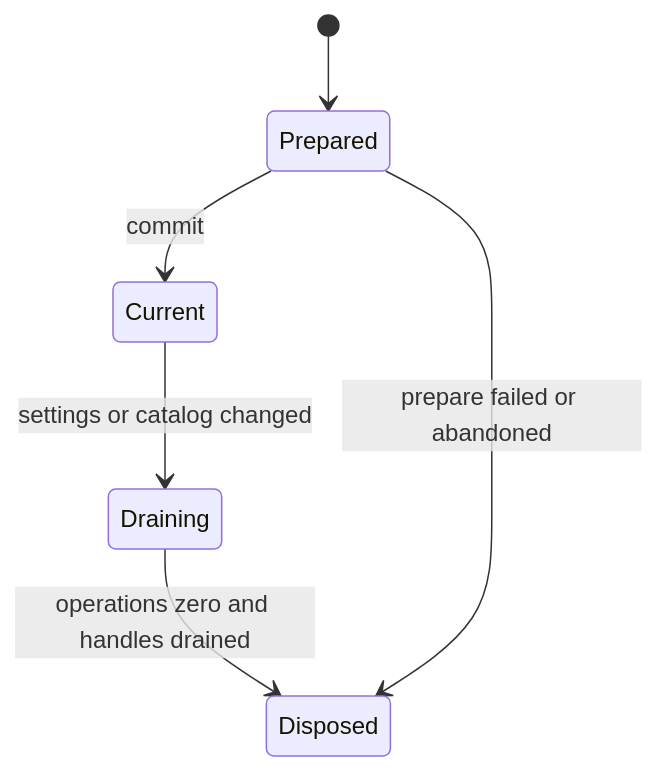
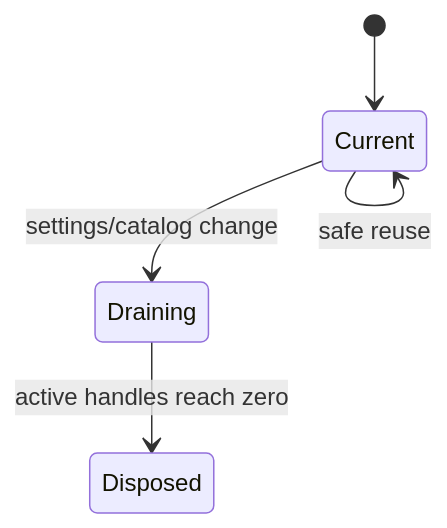
One commit to Wpxknight/agentdemo changed the diagram in docs/design/05-sandbox-and-ops.md. Above: the diagram before and after it, drawn with Mermaid. The commit also changed other lines of this file and 11 other files, not shown here.

Commit message:
docs: document pi first runtime architecture

````diff
--- a/docs/design/05-sandbox-and-ops.md
+++ b/docs/design/05-sandbox-and-ops.md
@@ -64,8 +22,7 @@
-~~~mermaid
+```mermaid
 stateDiagram-v2
-  [*] --> Prepared
-  Prepared --> Current: commit
-  Current --> Draining: settings or catalog changed
-  Draining --> Disposed: operations zero and handles drained
-  Prepared --> Disposed: prepare failed or abandoned
-~~~
+  [*] --> Current
+  Current --> Draining: settings/catalog change
+  Draining --> Disposed: active handles reach zero
+  Current --> Current: safe reuse
+```
````
